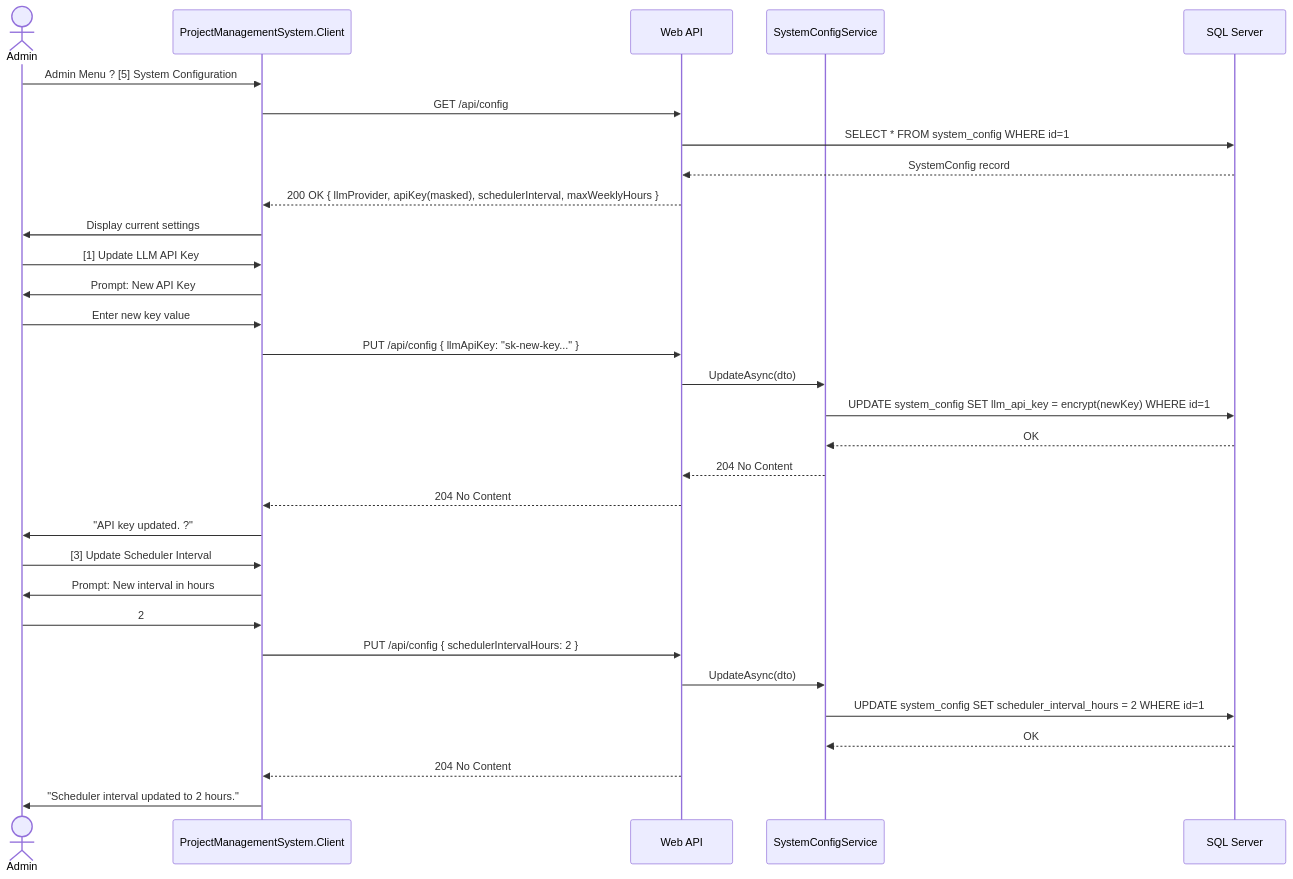
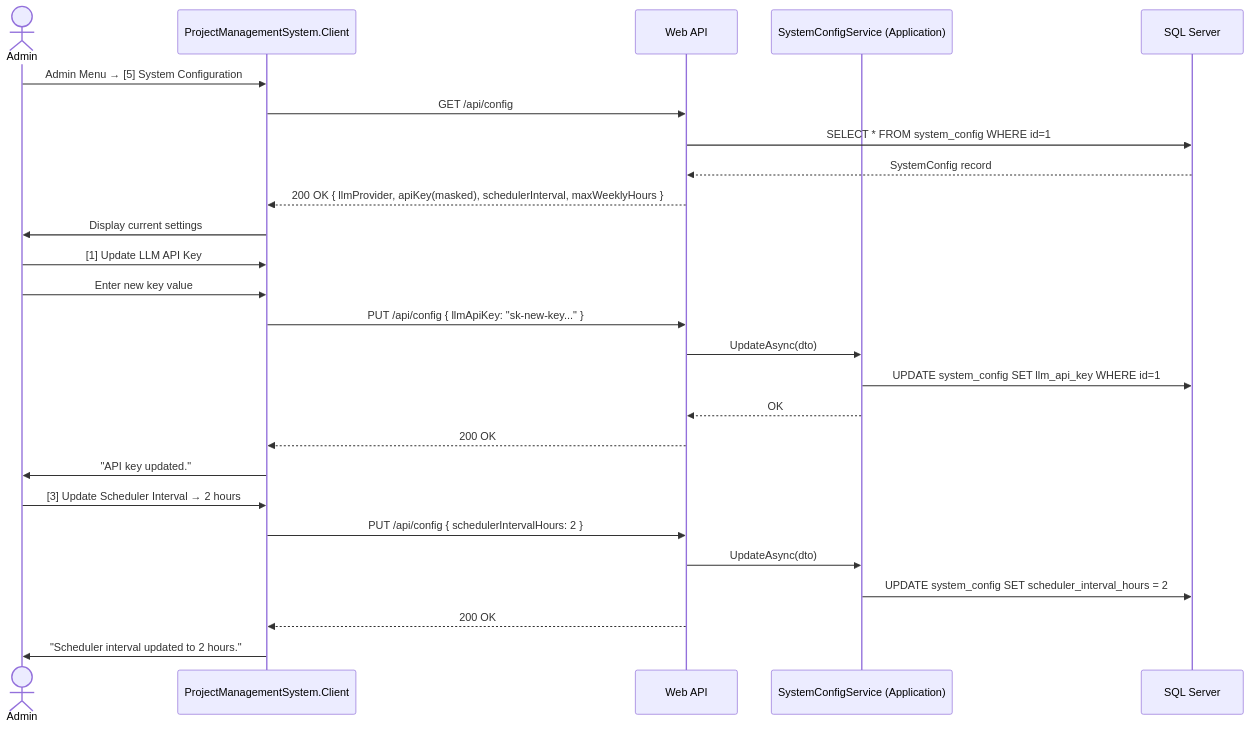
Diagram 12 of 14 in docs/Solution/Sequence_Diagram.md (HariAdk/PRM), drawn with Mermaid before and after one commit. The commit also changed other lines of this file and 21 other files, not shown here.

Commit message:
Updated diagrams

````diff
--- a/docs/Solution/Sequence_Diagram.md
+++ b/docs/Solution/Sequence_Diagram.md
@@ -455,38 +458,31 @@
 ```mermaid
 sequenceDiagram
     actor Admin
     participant Client     as ProjectManagementSystem.Client
     participant API        as Web API
-    participant ConfigSvc  as SystemConfigService
+    participant ConfigSvc  as SystemConfigService (Application)
     participant DB         as SQL Server
 
-    Admin->>Client: Admin Menu ? [5] System Configuration
+    Admin->>Client: Admin Menu → [5] System Configuration
     Client->>API: GET /api/config
     API->>DB: SELECT * FROM system_config WHERE id=1
     DB-->>API: SystemConfig record
     API-->>Client: 200 OK { llmProvider, apiKey(masked), schedulerInterval, maxWeeklyHours }
     Client->>Admin: Display current settings
 
     Admin->>Client: [1] Update LLM API Key
-    Client->>Admin: Prompt: New API Key
     Admin->>Client: Enter new key value
-
     Client->>API: PUT /api/config { llmApiKey: "sk-new-key..." }
     API->>ConfigSvc: UpdateAsync(dto)
-    ConfigSvc->>DB: UPDATE system_config SET llm_api_key = encrypt(newKey) WHERE id=1
-    DB-->>ConfigSvc: OK
-    ConfigSvc-->>API: 204 No Content
-    API-->>Client: 204 No Content
-    Client->>Admin: "API key updated. ?"
+    ConfigSvc->>DB: UPDATE system_config SET llm_api_key WHERE id=1
+    ConfigSvc-->>API: OK
+    API-->>Client: 200 OK
+    Client->>Admin: "API key updated."
 
-    Admin->>Client: [3] Update Scheduler Interval
-    Client->>Admin: Prompt: New interval in hours
-    Admin->>Client: 2
-
+    Admin->>Client: [3] Update Scheduler Interval → 2 hours
     Client->>API: PUT /api/config { schedulerIntervalHours: 2 }
     API->>ConfigSvc: UpdateAsync(dto)
-    ConfigSvc->>DB: UPDATE system_config SET scheduler_interval_hours = 2 WHERE id=1
-    DB-->>ConfigSvc: OK
-    API-->>Client: 204 No Content
+    ConfigSvc->>DB: UPDATE system_config SET scheduler_interval_hours = 2
+    API-->>Client: 200 OK
     Client->>Admin: "Scheduler interval updated to 2 hours."
 ```
````
